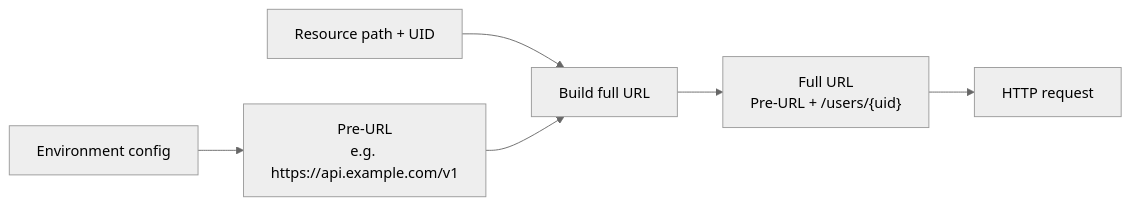
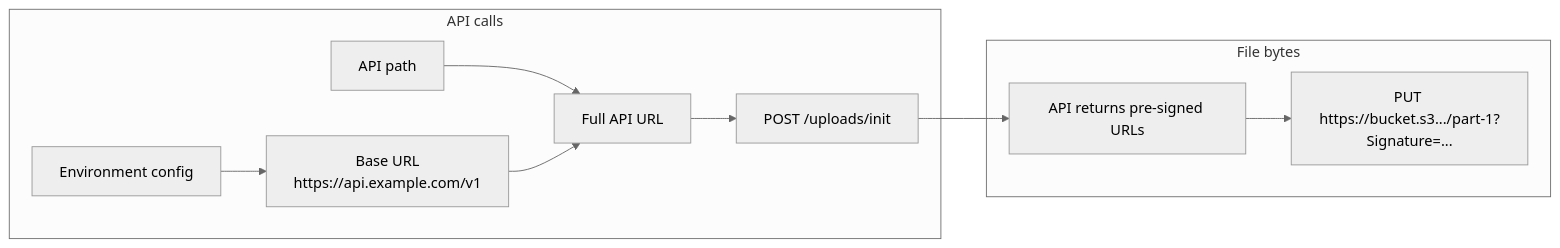
Diagram 17 of 17 in HLD/HLD-LLD-Complete-Document.md (RohanYadav1812/system-design), drawn with Mermaid (neutral theme) before and after one commit. The commit also changed other lines of this file, not shown here.

Commit message:
Document pre-signed URLs, S3/Azure Blob usage, and Base URL distinction in HLD/LLD doc

````diff
--- a/HLD/HLD-LLD-Complete-Document.md
+++ b/HLD/HLD-LLD-Complete-Document.md
@@ -727,8 +895,13 @@
 ```mermaid
 flowchart LR
-    A[Environment config] --> B["Pre-URL<br/>e.g. https://api.example.com/v1"]
-    C[Resource path + UID] --> D[Build full URL]
-    B --> D
-    D --> E["Full URL<br/>Pre-URL + /users/{uid}"]
-    E --> F[HTTP request]
+    subgraph API calls
+        A[Environment config] --> B["Base URL<br/>https://api.example.com/v1"]
+        C[API path] --> D[Full API URL]
+        B --> D
+        D --> E["POST /uploads/init"]
+    end
+    subgraph File bytes
+        F[API returns pre-signed URLs] --> G["PUT https://bucket.s3.../part-1?Signature=..."]
+    end
+    E --> F
 ```
````
